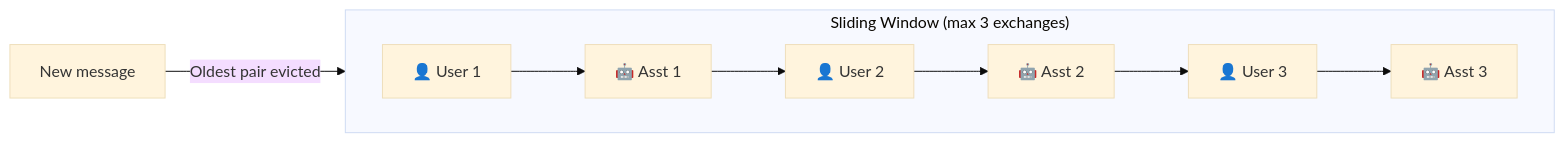
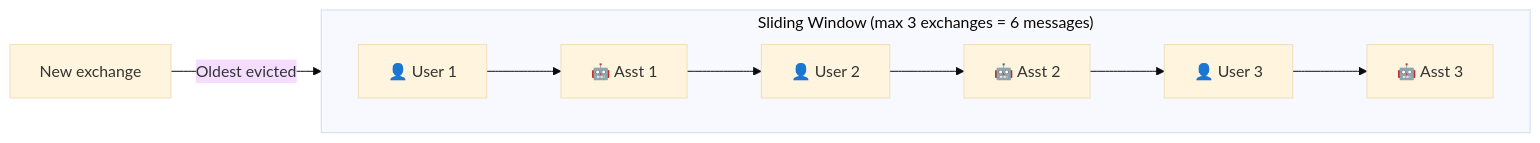
One commit to EHTESHAM1231/chatbot changed the sixth of 6 diagrams in README.md. Above: the diagram before and after it, drawn with Mermaid (base theme). The commit also changed other lines of this file, not shown here.

````diff
--- a/README.md
+++ b/README.md
@@ -318,12 +381,8 @@
 ```mermaid
 flowchart LR
-    subgraph Window["Sliding Window (max 3 exchanges)"]
+    subgraph Window["Sliding Window (max 3 exchanges = 6 messages)"]
         direction LR
-        U1["👤 User 1"] --> A1["🤖 Asst 1"]
-        A1 --> U2["👤 User 2"]
-        U2 --> A2["🤖 Asst 2"]
-        A2 --> U3["👤 User 3"]
-        U3 --> A3["🤖 Asst 3"]
+        U1["👤 User 1"] --> A1["🤖 Asst 1"] --> U2["👤 User 2"] --> A2["🤖 Asst 2"] --> U3["👤 User 3"] --> A3["🤖 Asst 3"]
     end
-    NEW["New message"] -->|Oldest pair evicted| Window
+    NEW["New exchange"] -->|Oldest evicted| Window
 ```
````
